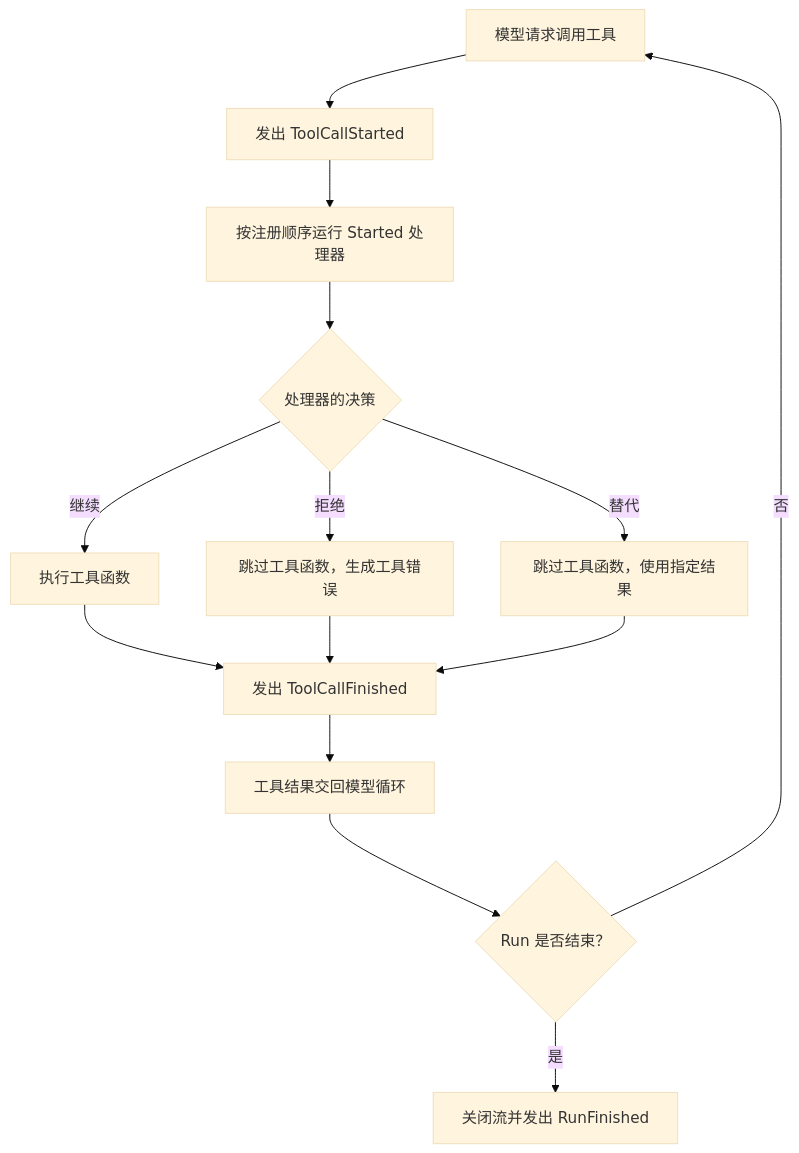
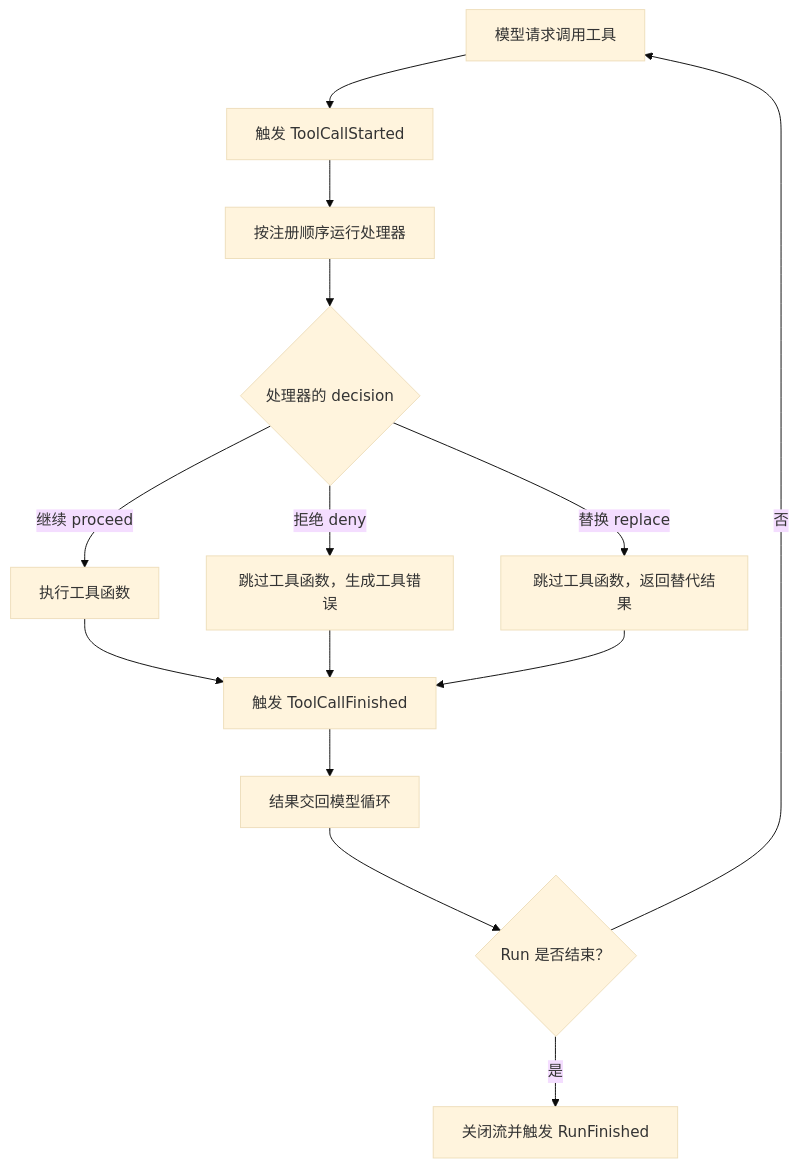
The diagram in website/src/content/docs/zh-cn/docs/sdk/events.mdx (bubbuild/bub), drawn with Mermaid (base theme) before and after one commit. The commit also changed other lines of this file and 74 other files, not shown here.

````diff
--- a/website/src/content/docs/zh-cn/docs/sdk/events.mdx
+++ b/website/src/content/docs/zh-cn/docs/sdk/events.mdx
@@ -83,17 +75,16 @@
 ```mermaid
 flowchart TD
-    A[模型请求调用工具] --> B[发出 ToolCallStarted]
-    B --> C[按注册顺序运行 Started 处理器]
-    C --> D{处理器的决策}
-    D -->|继续| E[执行工具函数]
-    D -->|拒绝| F[跳过工具函数，生成工具错误]
-    D -->|替代| G[跳过工具函数，使用指定结果]
-    E --> H[发出 ToolCallFinished]
+    A[模型请求调用工具] --> B[触发 ToolCallStarted]
+    B --> C[按注册顺序运行处理器]
+    C --> D{处理器的 decision}
+    D -->|继续 proceed| E[执行工具函数]
+    D -->|拒绝 deny| F[跳过工具函数，生成工具错误]
+    D -->|替换 replace| G[跳过工具函数，返回替代结果]
+    E --> H[触发 ToolCallFinished]
     F --> H
     G --> H
-    H --> I[工具结果交回模型循环]
+    H --> I[结果交回模型循环]
     I --> J{Run 是否结束？}
     J -->|否| A
-    J -->|是| K[关闭流并发出 RunFinished]
-
+    J -->|是| K[关闭流并触发 RunFinished]
 ```
````
